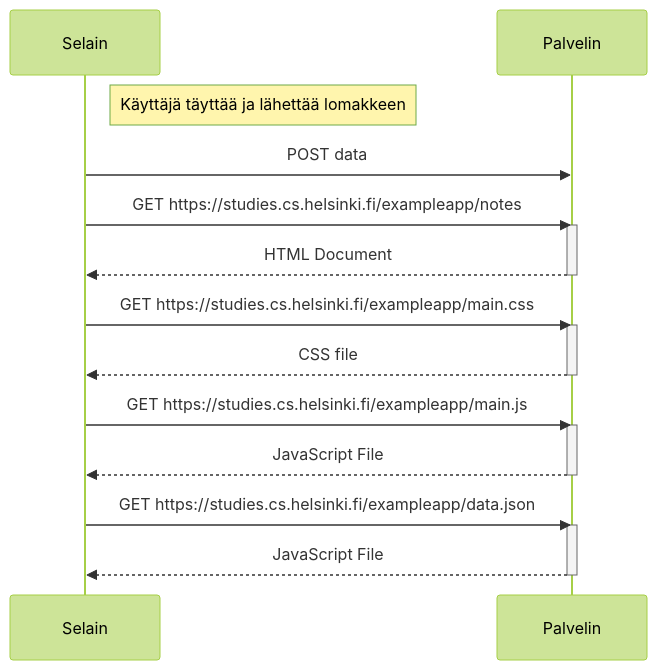
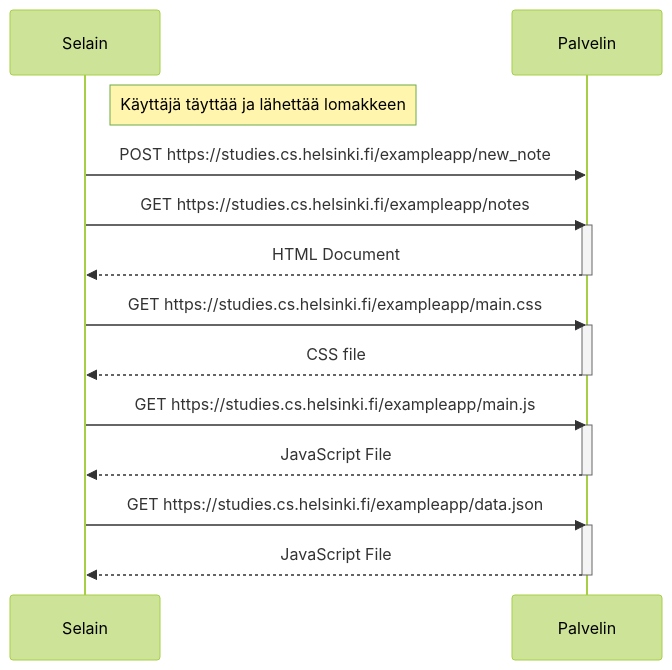
One commit to TeekkariTeemu/fullstack changed the diagram in Osa0/04.md. Above: the diagram before and after it, drawn with Mermaid (forest theme).

Commit message:
POST update

````diff
--- a/Osa0/04.md
+++ b/Osa0/04.md
@@ -1,23 +1,23 @@
 ```mermaid
 sequenceDiagram
     participant Selain
     participant Palvelin
     Note right of Selain: Käyttäjä täyttää ja lähettää lomakkeen 
-    Selain->>Palvelin: POST data
+    Selain->>Palvelin: POST https://studies.cs.helsinki.fi/exampleapp/new_note
     Selain->>Palvelin: GET https://studies.cs.helsinki.fi/exampleapp/notes
     activate Palvelin
     Palvelin-->>Selain: HTML Document
     deactivate Palvelin
     Selain->>Palvelin: GET https://studies.cs.helsinki.fi/exampleapp/main.css
     activate Palvelin
     Palvelin-->>Selain: CSS file
     deactivate Palvelin
     Selain->>Palvelin: GET https://studies.cs.helsinki.fi/exampleapp/main.js
     activate Palvelin
     Palvelin-->>Selain: JavaScript File
     deactivate Palvelin
     Selain->>Palvelin: GET https://studies.cs.helsinki.fi/exampleapp/data.json
     activate Palvelin
     Palvelin-->>Selain: JavaScript File
     deactivate Palvelin
 ```
````
